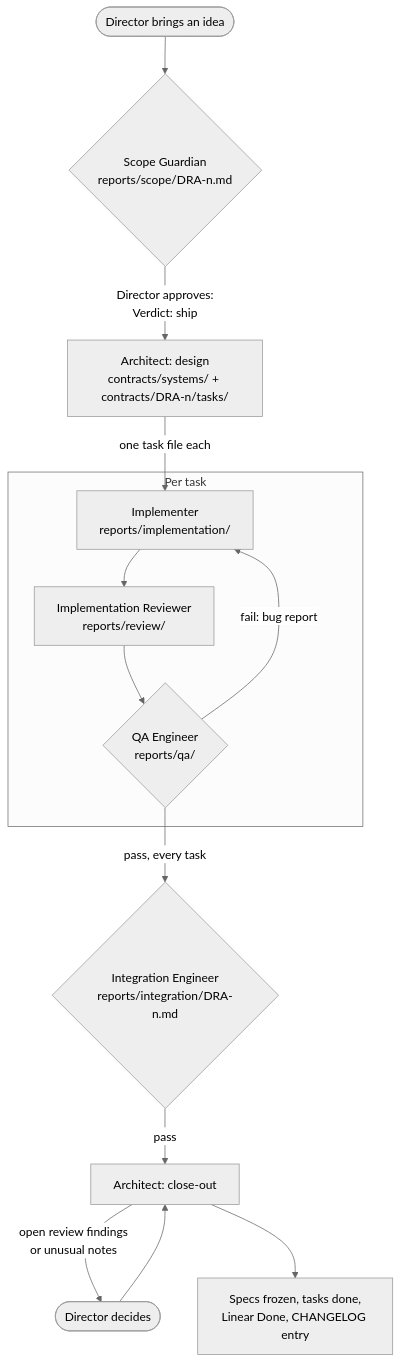
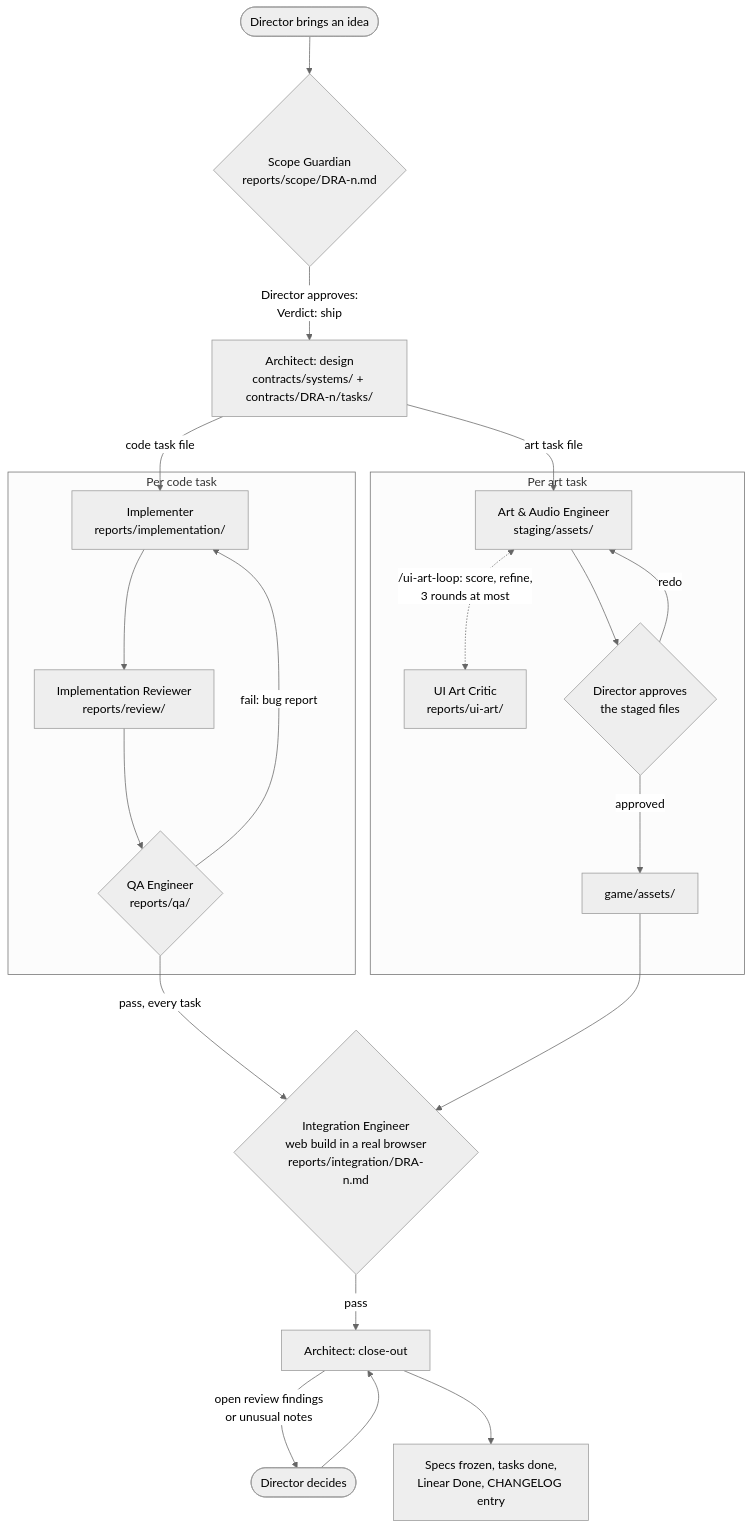
The diagram in docs/README.md (david-mntl/driftward-ace), drawn with Mermaid (neutral theme) before and after one commit. The commit also changed other lines of this file, not shown here.

Commit message:
docs: show the art path in the docs README
Add the art task flow and the ui-art reports folder, drop reports/waves.

````diff
--- a/docs/README.md
+++ b/docs/README.md
@@ -27,18 +27,27 @@
 ```mermaid
 flowchart TD
     D(["Director brings an idea"]) --> SG{"Scope Guardian<br/>reports/scope/DRA-n.md"}
     SG -->|"Director approves:<br/>Verdict: ship"| AR["Architect: design<br/>contracts/systems/ + contracts/DRA-n/tasks/"]
 
-    subgraph Build["Per task"]
+    subgraph Build["Per code task"]
         IMP["Implementer<br/>reports/implementation/"] --> IR["Implementation Reviewer<br/>reports/review/"]
         IR --> QA{"QA Engineer<br/>reports/qa/"}
         QA -->|fail: bug report| IMP
     end
 
-    AR -->|one task file each| IMP
-    QA -->|"pass, every task"| IE{"Integration Engineer<br/>reports/integration/DRA-n.md"}
+    subgraph ArtPath["Per art task"]
+        AA["Art & Audio Engineer<br/>staging/assets/"] <-.->|"/ui-art-loop: score, refine,<br/>3 rounds at most"| UAC["UI Art Critic<br/>reports/ui-art/"]
+        AA --> AP{"Director approves<br/>the staged files"}
+        AP -->|redo| AA
+        AP -->|approved| GA["game/assets/"]
+    end
+
+    AR -->|code task file| IMP
+    AR -->|art task file| AA
+    QA -->|"pass, every task"| IE{"Integration Engineer<br/>web build in a real browser<br/>reports/integration/DRA-n.md"}
+    GA --> IE
     IE -->|pass| CO["Architect: close-out"]
     CO -->|"open review findings<br/>or unusual notes"| DV(["Director decides"])
     DV --> CO
     CO --> DONE["Specs frozen, tasks done,<br/>Linear Done, CHANGELOG entry"]
 ```
````
